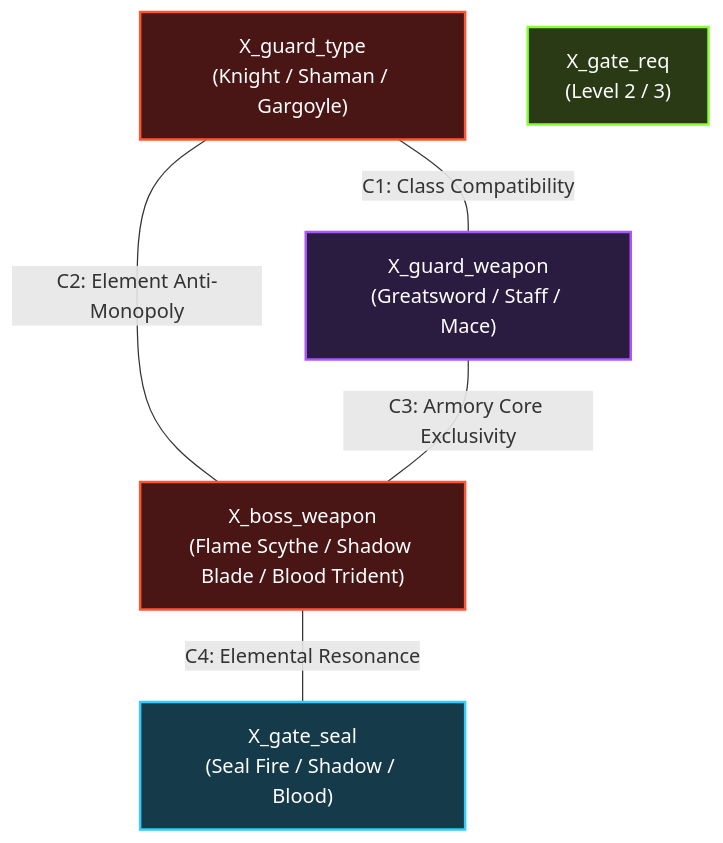
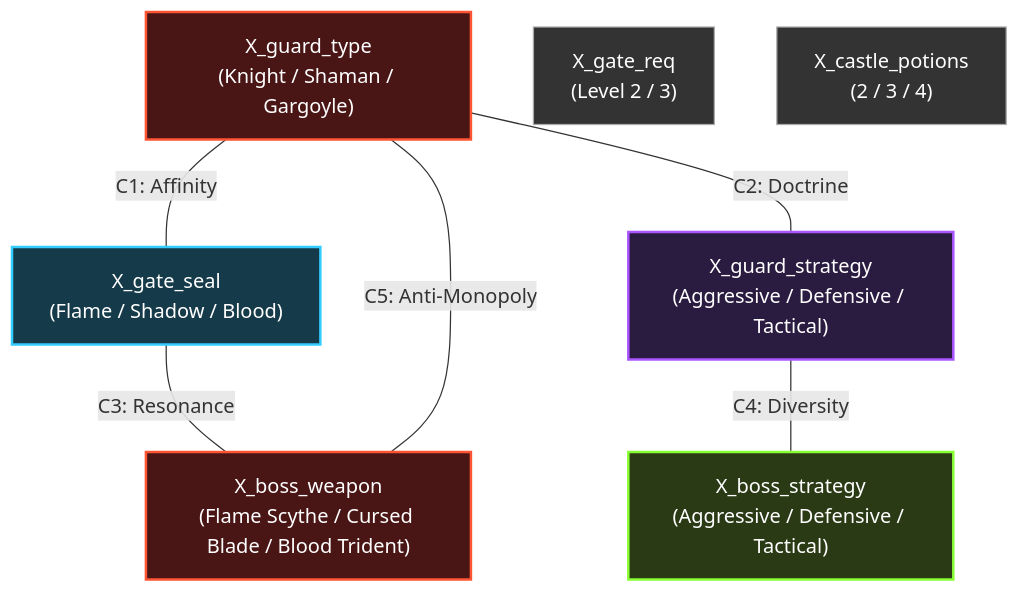
The diagram in PLAN.md (haddifauzan/infernal-affairs), drawn with Mermaid before and after one commit. The commit also changed other lines of this file and 7 other files, not shown here.

````diff
--- a/PLAN.md
+++ b/PLAN.md
@@ -113,19 +131,24 @@
 ```mermaid
 graph TD
     GT["X_guard_type<br>(Knight / Shaman / Gargoyle)"]
-    GW["X_guard_weapon<br>(Greatsword / Staff / Mace)"]
-    BW["X_boss_weapon<br>(Flame Scythe / Shadow Blade / Blood Trident)"]
-    GS["X_gate_seal<br>(Seal Fire / Shadow / Blood)"]
+    GS["X_gate_seal<br>(Flame / Shadow / Blood)"]
+    G_ST["X_guard_strategy<br>(Aggressive / Defensive / Tactical)"]
+    BW["X_boss_weapon<br>(Flame Scythe / Cursed Blade / Blood Trident)"]
+    B_ST["X_boss_strategy<br>(Aggressive / Defensive / Tactical)"]
     GR["X_gate_req<br>(Level 2 / 3)"]
+    CP["X_castle_potions<br>(2 / 3 / 4)"]
 
-    GT ---|"C1: Class Compatibility"| GW
-    GT ---|"C2: Element Anti-Monopoly"| BW
-    GW ---|"C3: Armory Core Exclusivity"| BW
-    BW ---|"C4: Elemental Resonance"| GS
+    GT ---|"C1: Affinity"| GS
+    GT ---|"C2: Doctrine"| G_ST
+    GS ---|"C3: Resonance"| BW
+    G_ST ---|"C4: Diversity"| B_ST
+    BW ---|"C5: Anti-Monopoly"| GT
 
     style GT fill:#4a1515,stroke:#ff5533,stroke-width:2px,color:#fff
-    style GW fill:#2a1b40,stroke:#aa55ff,stroke-width:2px,color:#fff
+    style GS fill:#153a4a,stroke:#33ccff,stroke-width:2px,color:#fff
+    style G_ST fill:#2a1b40,stroke:#aa55ff,stroke-width:2px,color:#fff
     style BW fill:#4a1515,stroke:#ff5533,stroke-width:2px,color:#fff
-    style GS fill:#153a4a,stroke:#33ccff,stroke-width:2px,color:#fff
-    style GR fill:#2a3a15,stroke:#88ff33,stroke-width:2px,color:#fff
+    style B_ST fill:#2a3a15,stroke:#88ff33,stroke-width:2px,color:#fff
+    style GR fill:#333333,stroke:#aaaaaa,stroke-width:1px,color:#fff
+    style CP fill:#333333,stroke:#aaaaaa,stroke-width:1px,color:#fff
 ```
````
